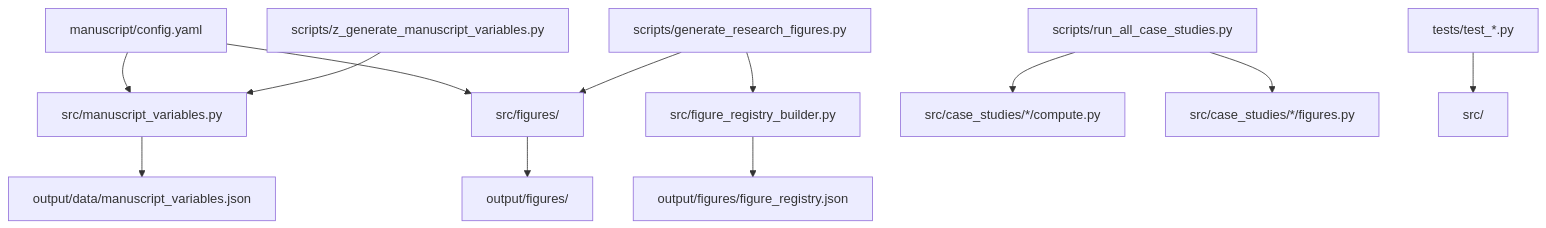
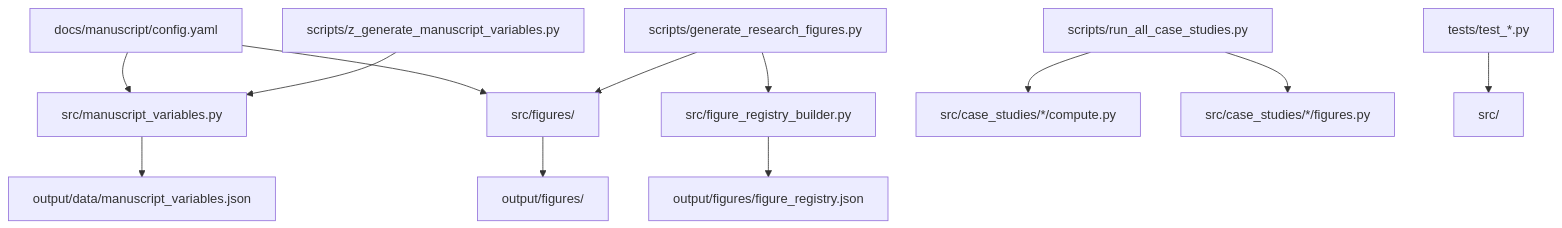
Before and after one commit to docxology/cohereants: the diagram in docs/architecture.md, drawn with Mermaid. The commit also changed other lines of this file and 97 other files, not shown here.

````diff
--- a/docs/architecture.md
+++ b/docs/architecture.md
@@ -45,18 +45,18 @@
 ```mermaid
 graph TD
-    CFG[manuscript/config.yaml] --> MV[src/manuscript_variables.py]
+    CFG[docs/manuscript/config.yaml] --> MV[src/manuscript_variables.py]
     CFG --> FIG[src/figures/]
 
     GR[scripts/generate_research_figures.py] --> FIG
     GR --> FRB[src/figure_registry_builder.py]
 
     CS[scripts/run_all_case_studies.py] --> CSRC[src/case_studies/*/compute.py]
     CS --> CSFIG[src/case_studies/*/figures.py]
     ZV[scripts/z_generate_manuscript_variables.py] --> MV
 
     FIG --> OUTF[output/figures/]
     MV --> OUTD[output/data/manuscript_variables.json]
     FRB --> REG[output/figures/figure_registry.json]
 
     T[tests/test_*.py] --> SRC[src/]
 ```
````
